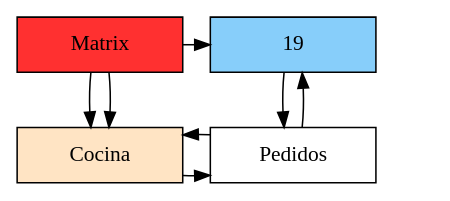
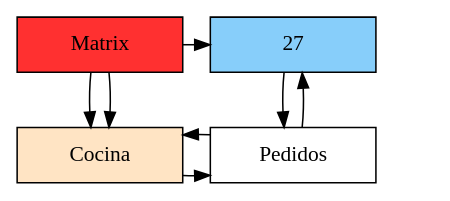
One commit to JOSE6755/EDD_FASE2 changed the diagram in Proyecto1EDD/Agosto e Hijos-4-2021.dot. Above: the diagram before and after it, drawn with Graphviz. The commit also changed 88 other files, not shown here.

```diff
--- a/Proyecto1EDD/Agosto e Hijos-4-2021.dot
+++ b/Proyecto1EDD/Agosto e Hijos-4-2021.dot
@@ -1,19 +1,19 @@
 digraph Sparce_Matrix {
 node [shape=box]
 MT[label="Matrix",width=1.5,style=filled,fillcolor=firebrick1,group=1];
 e0[ shape = point, width = 0 ];
 e1[ shape = point, width = 0 ];
 V0[label="Cocina"width = 1.5 style = filled, fillcolor = bisque1, group = 1];
 MT->V0
-H0[label="19"width = 1.5 style = filled, fillcolor = lightskyblue, group =2];
+H0[label="27"width = 1.5 style = filled, fillcolor = lightskyblue, group =2];
 MT->V0
 MT->H0
 {rank=same; MT;H0;}
-"0xc0000aacf0"[label="Pedidos" width=1.5,group=2];
-V0->"0xc0000aacf0"
-"0xc0000aacf0"->V0
-{rank=same V0;"0xc0000aacf0";}
-H0->"0xc0000aacf0"
-"0xc0000aacf0"->H0
+"0xc00047e000"[label="Pedidos" width=1.5,group=2];
+V0->"0xc00047e000"
+"0xc00047e000"->V0
+{rank=same V0;"0xc00047e000";}
+H0->"0xc00047e000"
+"0xc00047e000"->H0
 
 }
```
